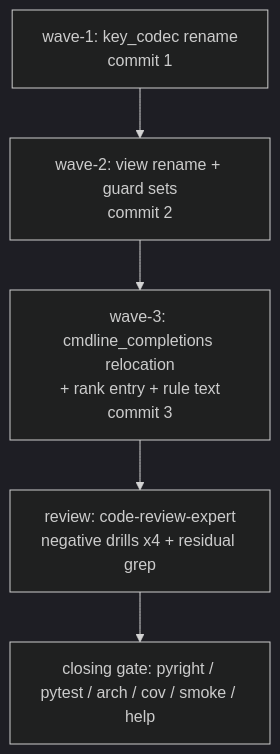
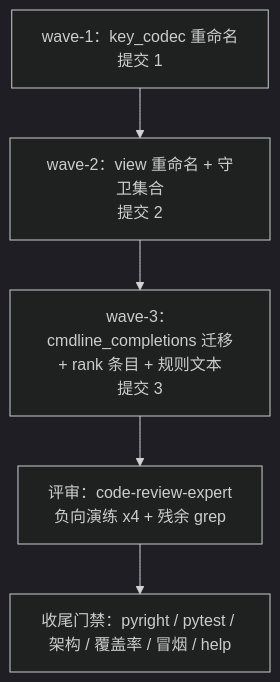
The first of 2 diagrams in .trae/documents/iktbxc-plans/overview.md (BigThxBrigde/yate), drawn with Mermaid (dark theme) before and after one commit. The commit also changed other lines of this file and 79 other files, not shown here.

````diff
--- a/.trae/documents/iktbxc-plans/overview.md
+++ b/.trae/documents/iktbxc-plans/overview.md
@@ -23,7 +21,7 @@
 ```mermaid
 flowchart TD
-    A["wave-1: key_codec rename<br/>commit 1"] --> B["wave-2: view rename + guard sets<br/>commit 2"]
-    B --> C["wave-3: cmdline_completions relocation<br/>+ rank entry + rule text<br/>commit 3"]
-    C --> D["review: code-review-expert<br/>negative drills x4 + residual grep"]
-    D --> E["closing gate: pyright / pytest / arch / cov / smoke / help"]
+    A["wave-1：key_codec 重命名<br/>提交 1"] --> B["wave-2：view 重命名 + 守卫集合<br/>提交 2"]
+    B --> C["wave-3：cmdline_completions 迁移<br/>+ rank 条目 + 规则文本<br/>提交 3"]
+    C --> D["评审：code-review-expert<br/>负向演练 x4 + 残余 grep"]
+    D --> E["收尾门禁：pyright / pytest / 架构 / 覆盖率 / 冒烟 / help"]
 ```
````
